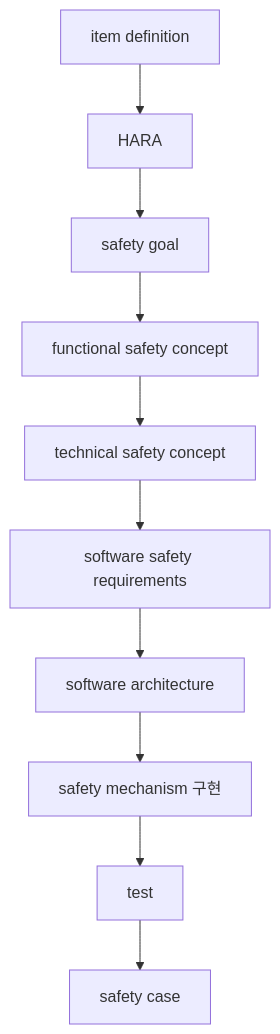
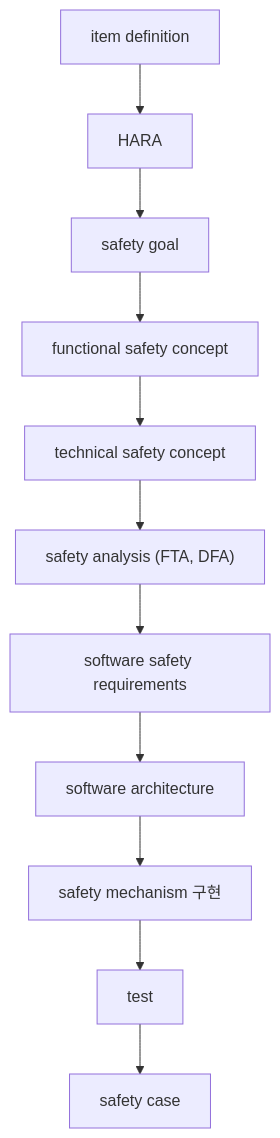
The diagram in OUTLINE.md (danielhongwoo/fusa), drawn with Mermaid before and after one commit. The commit also changed other lines of this file and 25 other files, not shown here.

````diff
--- a/OUTLINE.md
+++ b/OUTLINE.md
@@ -87,12 +100,13 @@
 ```mermaid
 flowchart TD
     A["item definition"] --> B["HARA"]
     B --> C["safety goal"]
     C --> D["functional safety concept"]
     D --> E["technical safety concept"]
-    E --> F["software safety requirements"]
+    E --> E2["safety analysis (FTA, DFA)"]
+    E2 --> F["software safety requirements"]
     F --> G["software architecture"]
     G --> H["safety mechanism 구현"]
     H --> I["test"]
     I --> J["safety case"]
 ```
````
